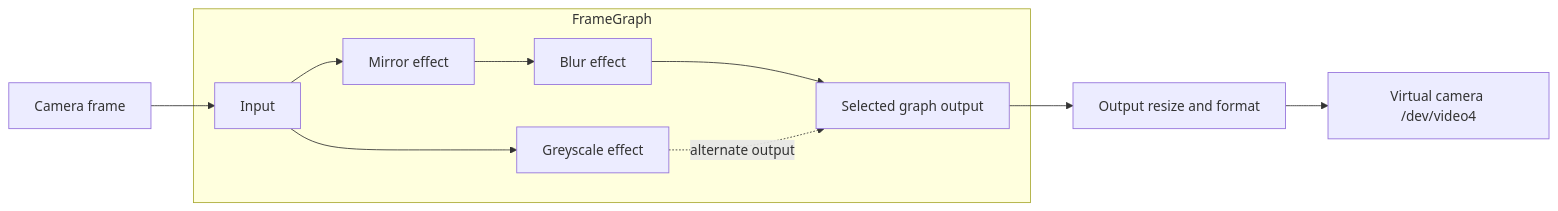
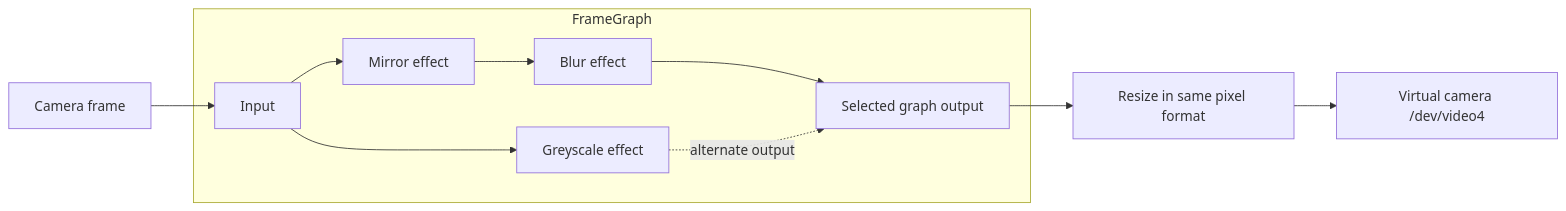
One commit to T-Dynamos/LinuxStudioEffects changed the diagram in README.md. Above: the diagram before and after it, drawn with Mermaid. The commit also changed other lines of this file and 21 other files, not shown here.

````diff
--- a/README.md
+++ b/README.md
@@ -48,13 +51,13 @@
 ```mermaid
 flowchart LR
     Camera[Camera frame] --> Input
     subgraph Graph[FrameGraph]
         Input --> Mirror[Mirror effect]
         Mirror --> Blur[Blur effect]
         Input --> Grey[Greyscale effect]
         Blur --> Selected[Selected graph output]
         Grey -. alternate output .-> Selected
     end
     Selected --> Resize[Output resize and format]
-    Resize --> VCam[Virtual camera /dev/video4]
+    Resize[Resize in same pixel format] --> VCam[Virtual camera /dev/video4]
 ```
````
